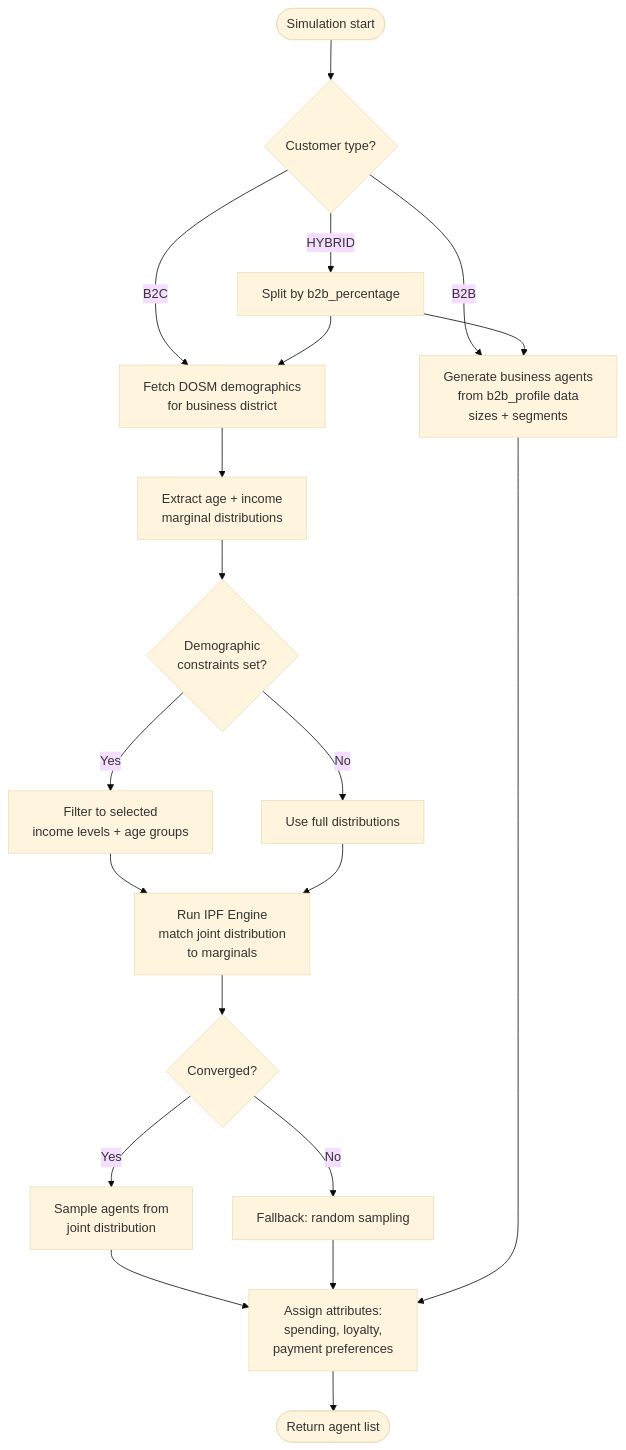
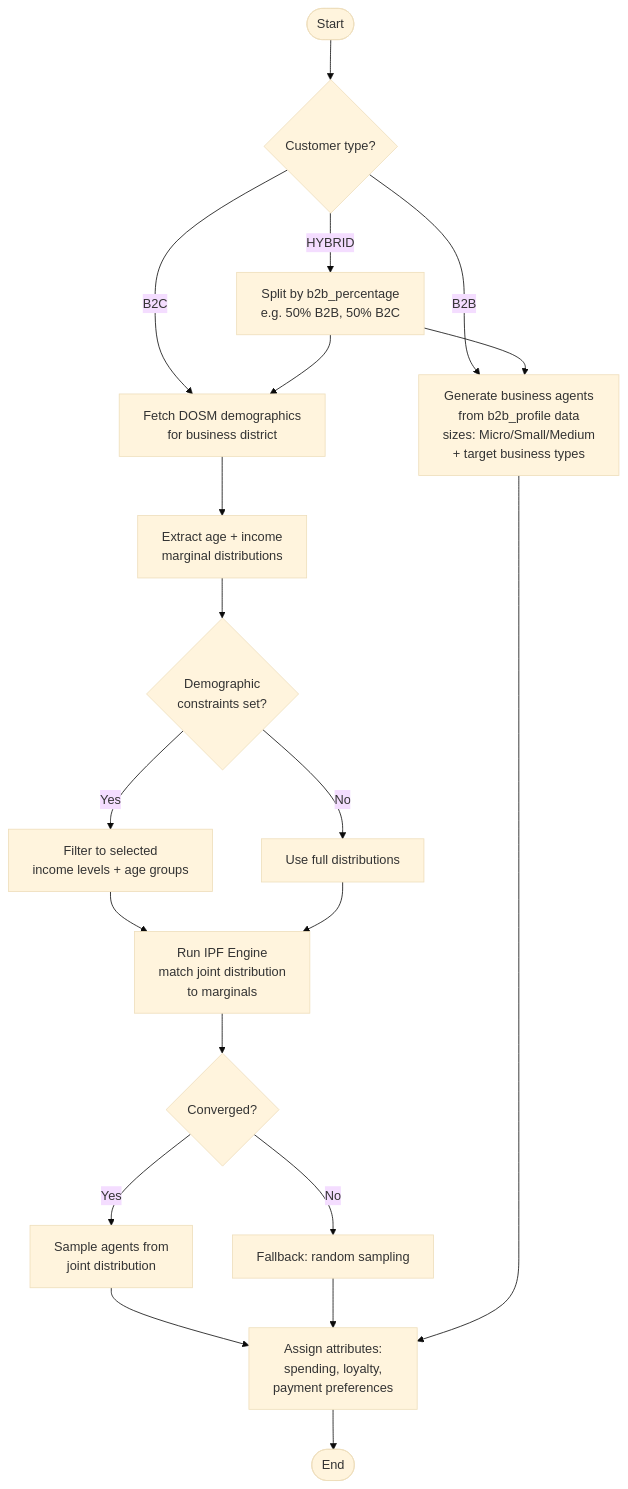
One commit to shuichi2344/ARIA changed the fourth of 11 diagrams in docs/SYSTEM_FLOWCHARTS.md. Above: the diagram before and after it, drawn with Mermaid (base theme). The commit also changed other lines of this file, not shown here.

Commit message:
update system flowchart

````diff
--- a/docs/SYSTEM_FLOWCHARTS.md
+++ b/docs/SYSTEM_FLOWCHARTS.md
@@ -131,26 +133,26 @@
 ```mermaid
 flowchart TD
-    Start([Simulation start]) --> Type{Customer type?}
+    Start([Start]) --> Type{Customer type?}
     
     Type -->|B2C| DOSM[Fetch DOSM demographics<br/>for business district]
     DOSM --> Marginals[Extract age + income<br/>marginal distributions]
     Marginals --> Constraints{Demographic<br/>constraints set?}
     Constraints -->|Yes| Filter[Filter to selected<br/>income levels + age groups]
     Constraints -->|No| Full[Use full distributions]
     Filter --> IPF
     Full --> IPF[Run IPF Engine<br/>match joint distribution<br/>to marginals]
     IPF --> Converged{Converged?}
     Converged -->|Yes| Sample[Sample agents from<br/>joint distribution]
     Converged -->|No| Fallback[Fallback: random sampling]
     Sample --> Attributes[Assign attributes:<br/>spending, loyalty,<br/>payment preferences]
     Fallback --> Attributes
     
-    Type -->|B2B| B2BGen[Generate business agents<br/>from b2b_profile data<br/>sizes + segments]
+    Type -->|B2B| B2BGen[Generate business agents<br/>from b2b_profile data<br/>sizes: Micro/Small/Medium<br/>+ target business types]
     B2BGen --> Attributes
     
-    Type -->|HYBRID| Split[Split by b2b_percentage]
+    Type -->|HYBRID| Split[Split by b2b_percentage<br/>e.g. 50% B2B, 50% B2C]
     Split --> B2BGen
     Split --> DOSM
     
-    Attributes --> Done([Return agent list])
+    Attributes --> End([End])
 ```
````
